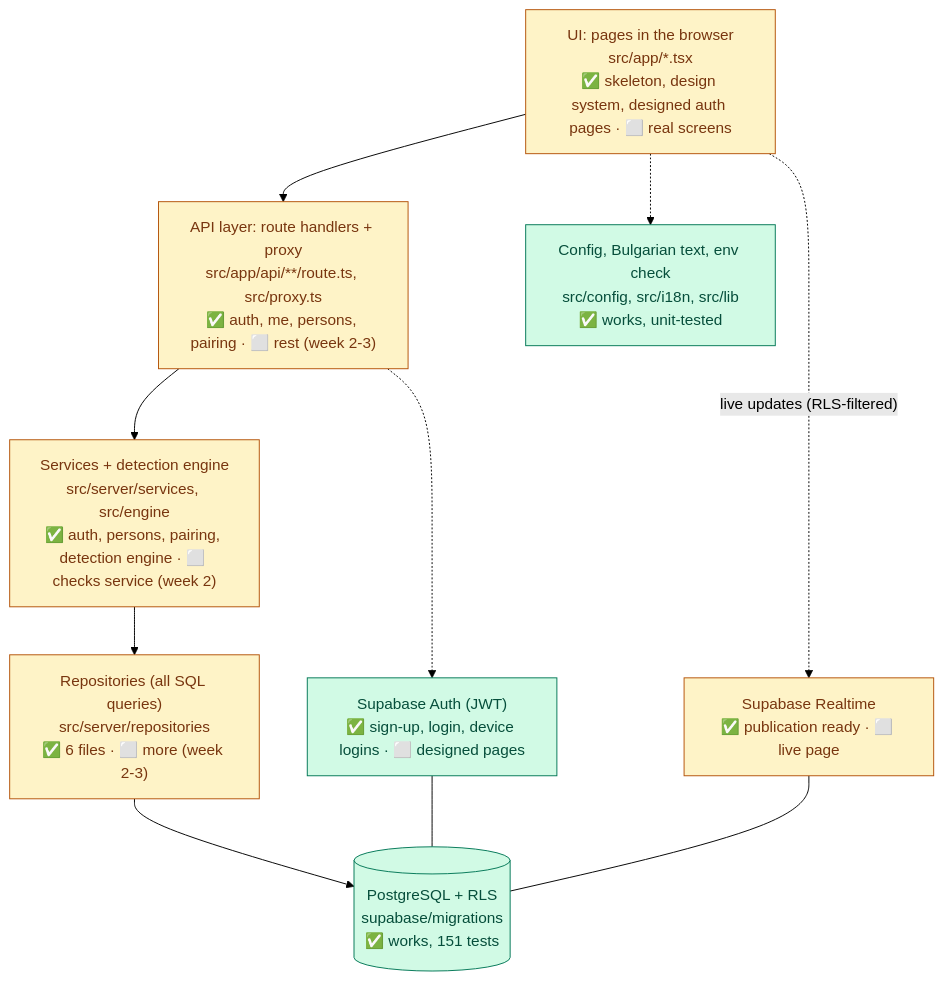
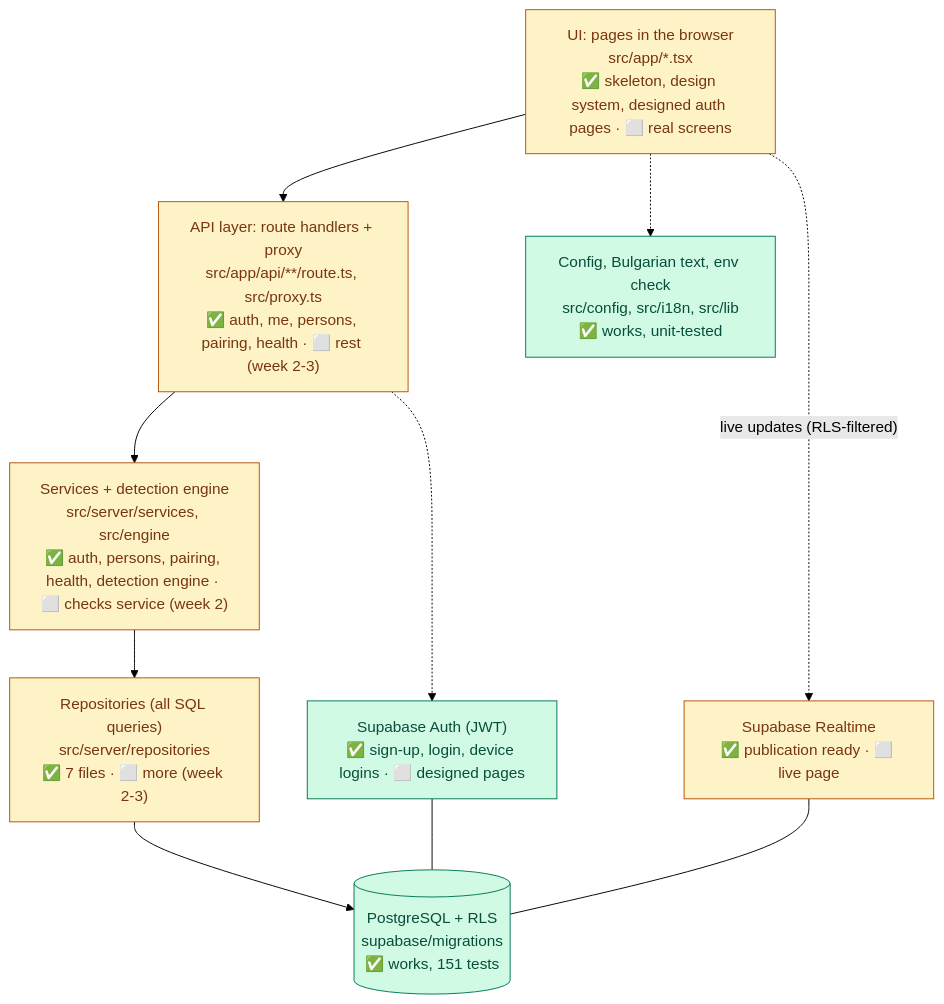
Before and after one commit to AVGe0rgiev23/Scamly: the diagram in docs/HOW_IT_WORKS.md, drawn with Mermaid (forest theme). The commit also changed other lines of this file and 10 other files, not shown here.

````diff
--- a/docs/HOW_IT_WORKS.md
+++ b/docs/HOW_IT_WORKS.md
@@ -36,24 +36,24 @@
 ```mermaid
 flowchart TB
   UI["UI: pages in the browser<br/>src/app/*.tsx<br/>✅ skeleton, design system, designed auth pages · ⬜ real screens"]
-  API["API layer: route handlers + proxy<br/>src/app/api/**/route.ts, src/proxy.ts<br/>✅ auth, me, persons, pairing · ⬜ rest (week 2-3)"]
-  SVC["Services + detection engine<br/>src/server/services, src/engine<br/>✅ auth, persons, pairing, detection engine · ⬜ checks service (week 2)"]
-  REPO["Repositories (all SQL queries)<br/>src/server/repositories<br/>✅ 6 files · ⬜ more (week 2-3)"]
+  API["API layer: route handlers + proxy<br/>src/app/api/**/route.ts, src/proxy.ts<br/>✅ auth, me, persons, pairing, health · ⬜ rest (week 2-3)"]
+  SVC["Services + detection engine<br/>src/server/services, src/engine<br/>✅ auth, persons, pairing, health, detection engine · ⬜ checks service (week 2)"]
+  REPO["Repositories (all SQL queries)<br/>src/server/repositories<br/>✅ 7 files · ⬜ more (week 2-3)"]
   PG[("PostgreSQL + RLS<br/>supabase/migrations<br/>✅ works, 151 tests")]
   AUTH["Supabase Auth (JWT)<br/>✅ sign-up, login, device logins · ⬜ designed pages"]
   RT["Supabase Realtime<br/>✅ publication ready · ⬜ live page"]
   CFG["Config, Bulgarian text, env check<br/>src/config, src/i18n, src/lib<br/>✅ works, unit-tested"]
 
   UI --> API --> SVC --> REPO --> PG
   UI -.-> CFG
   API -.-> AUTH
   AUTH --- PG
   RT --- PG
   UI -. "live updates (RLS-filtered)" .-> RT
 
   classDef done fill:#d1fae5,stroke:#047857,color:#064e3b
   classDef planned fill:#f3f4f6,stroke:#6b7280,stroke-dasharray:5 5,color:#374151
   classDef partly fill:#fef3c7,stroke:#b45309,color:#78350f
   class PG,CFG,AUTH done
   class UI,API,SVC,REPO,RT partly
 ```
````
